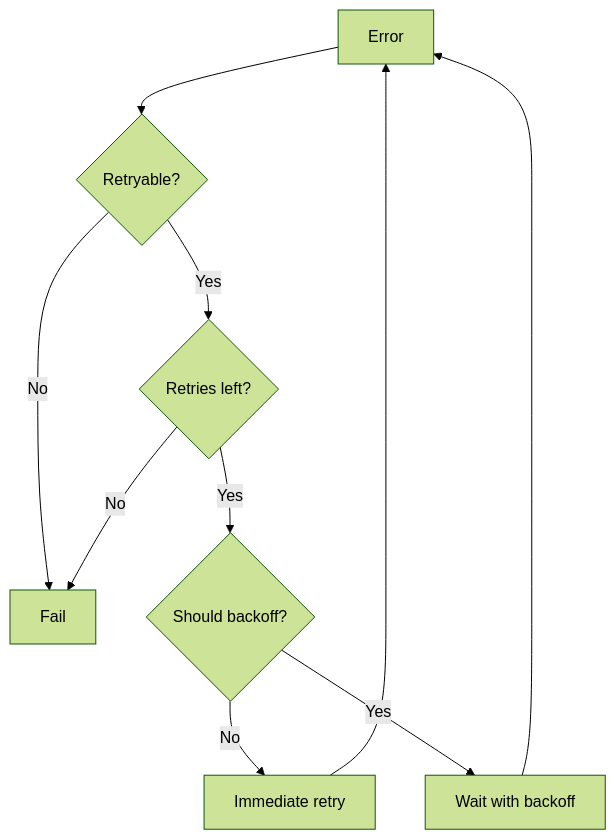
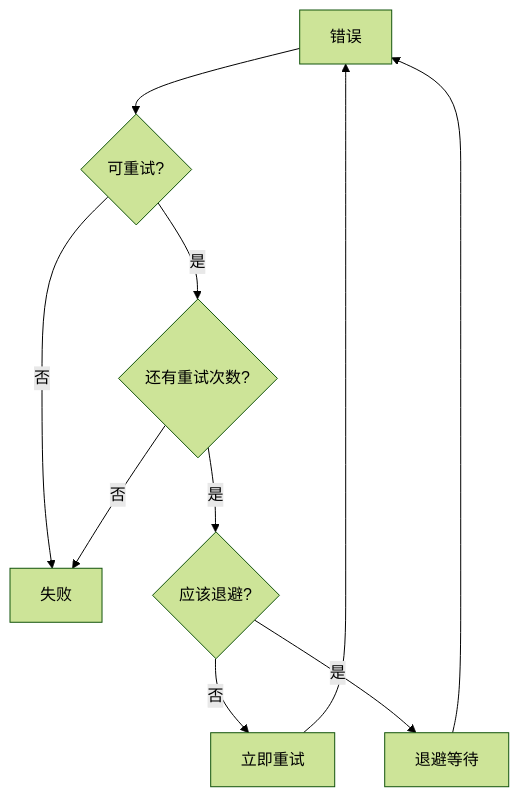
One commit to a576378368/openclaw_docs changed the second of 3 diagrams in docs/zh/architecture-book/part-5-channels/05-transport-layer.md. Above: the diagram before and after it, drawn with Mermaid (forest theme). The commit also changed other lines of this file and 13 other files, not shown here.

````diff
--- a/docs/zh/architecture-book/part-5-channels/05-transport-layer.md
+++ b/docs/zh/architecture-book/part-5-channels/05-transport-layer.md
@@ -285,12 +285,12 @@
 ```mermaid
 flowchart TD
-    A[Error] --> B{Retryable?}
-    B -->|No| C[Fail]
-    B -->|Yes| D{Retries left?}
-    D -->|No| C
-    D -->|Yes| E{Should backoff?}
-    E -->|No| F[Immediate retry]
-    E -->|Yes| G[Wait with backoff]
+    A[错误] --> B{可重试?}
+    B -->|否| C[失败]
+    B -->|是| D{还有重试次数?}
+    D -->|否| C
+    D -->|是| E{应该退避?}
+    E -->|否| F[立即重试]
+    E -->|是| G[退避等待]
     F --> A
     G --> A
 ```
````
